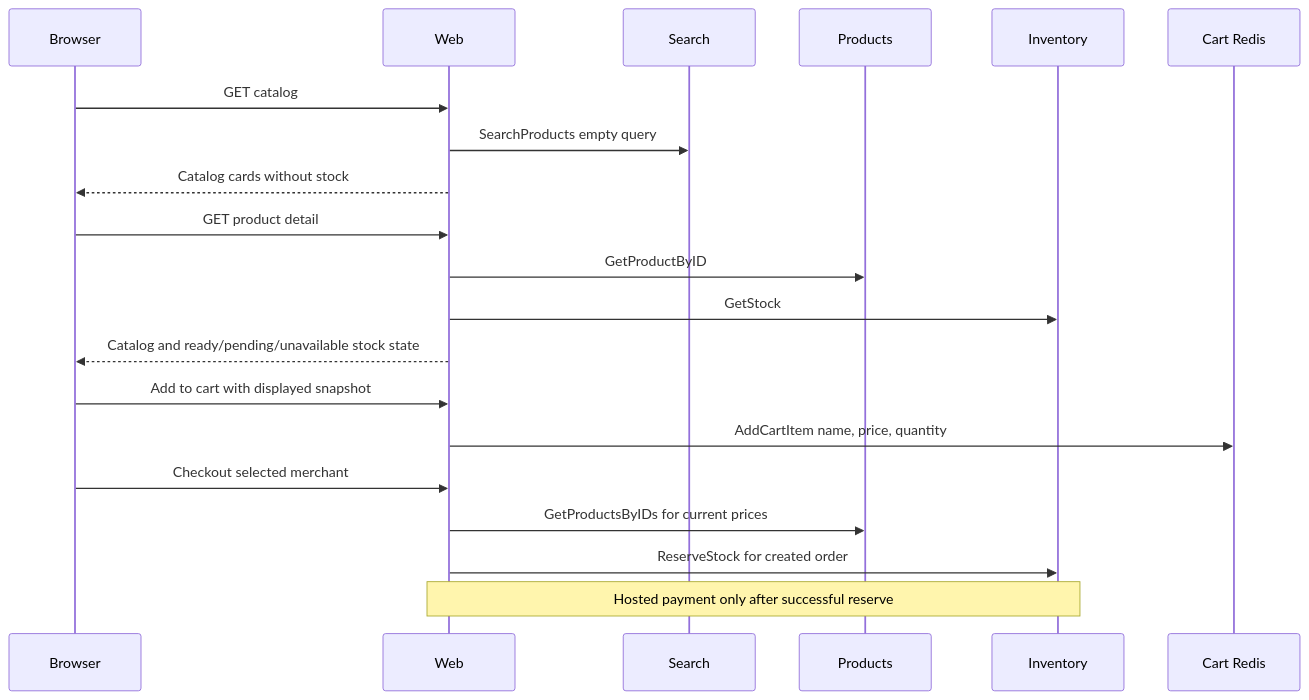
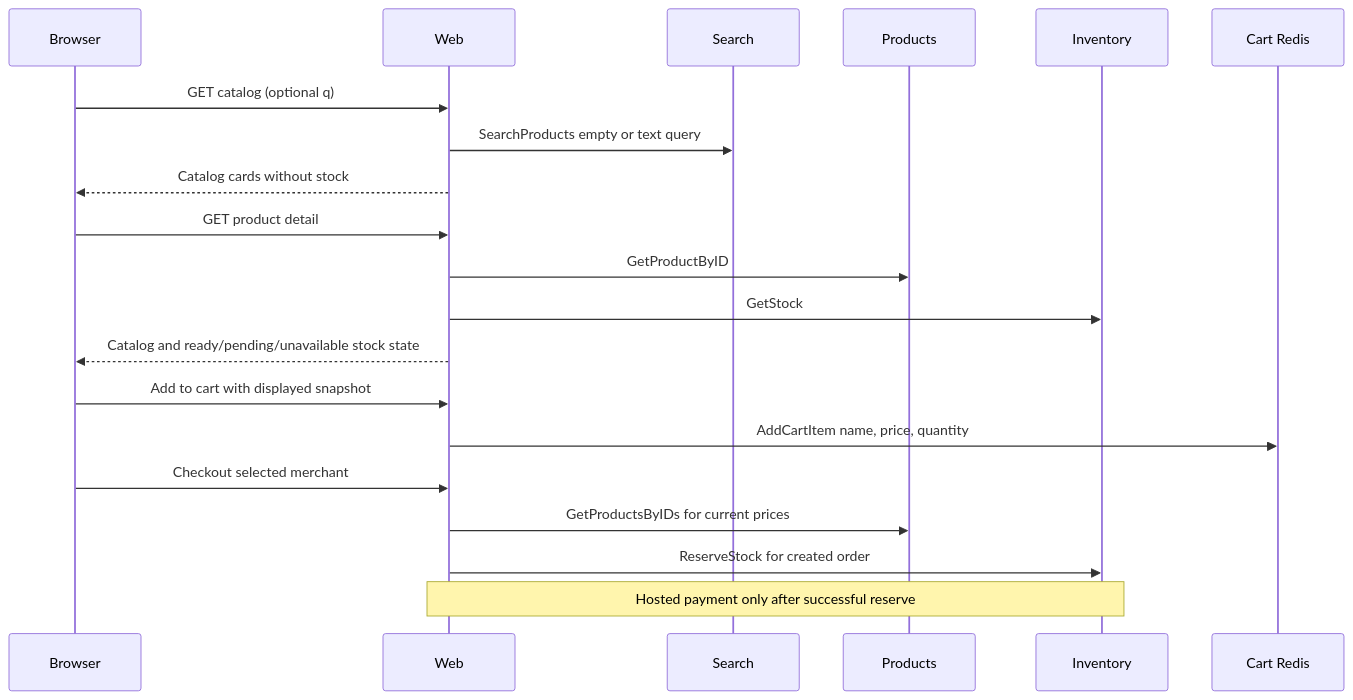
Before and after one commit to phuchoang2603/refurbished-marketplace: the third of 3 diagrams in docs/catalog-inventory-search.md, drawn with Mermaid. The commit also changed other lines of this file and 6 other files, not shown here.

````diff
--- a/docs/catalog-inventory-search.md
+++ b/docs/catalog-inventory-search.md
@@ -70,22 +70,22 @@
 ```mermaid
 sequenceDiagram
   participant B as Browser
   participant W as Web
   participant S as Search
   participant P as Products
   participant I as Inventory
   participant C as Cart Redis
-  B->>W: GET catalog
-  W->>S: SearchProducts empty query
+  B->>W: GET catalog (optional q)
+  W->>S: SearchProducts empty or text query
   W-->>B: Catalog cards without stock
   B->>W: GET product detail
   W->>P: GetProductByID
   W->>I: GetStock
   W-->>B: Catalog and ready/pending/unavailable stock state
   B->>W: Add to cart with displayed snapshot
   W->>C: AddCartItem name, price, quantity
   B->>W: Checkout selected merchant
   W->>P: GetProductsByIDs for current prices
   W->>I: ReserveStock for created order
   Note over W,I: Hosted payment only after successful reserve
 ```
````
